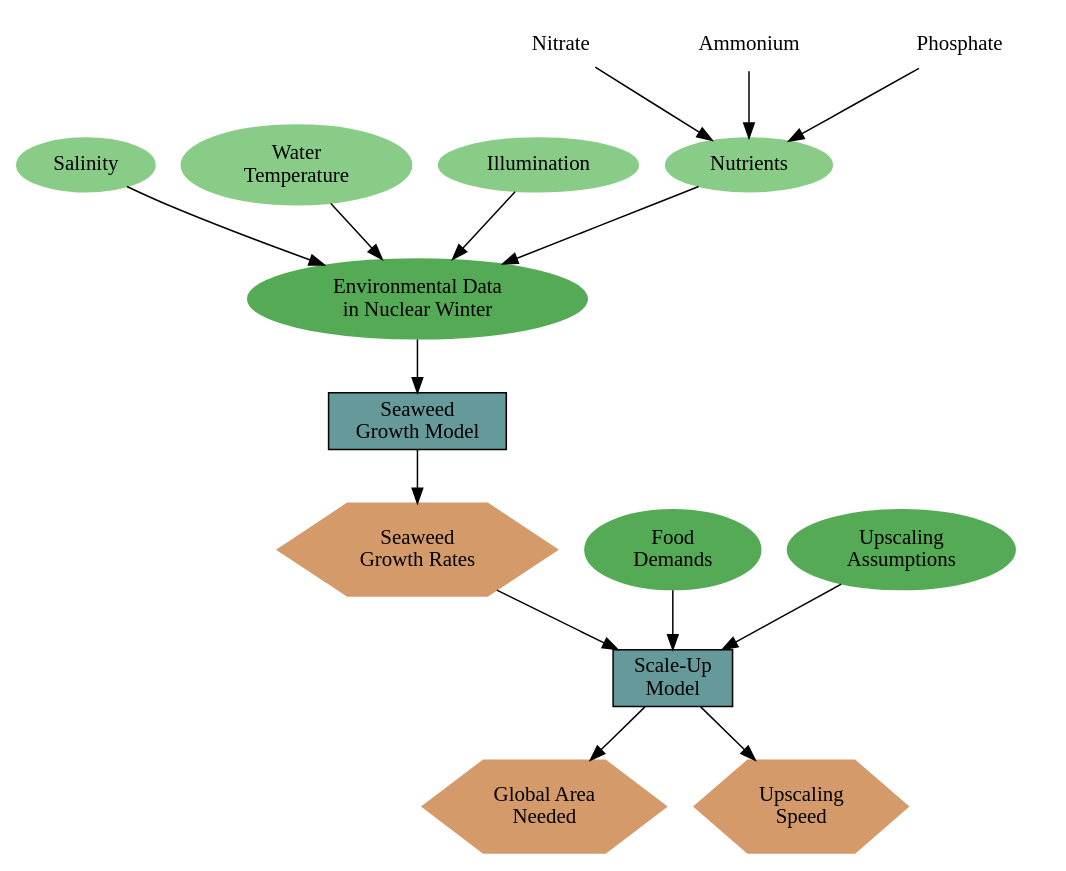
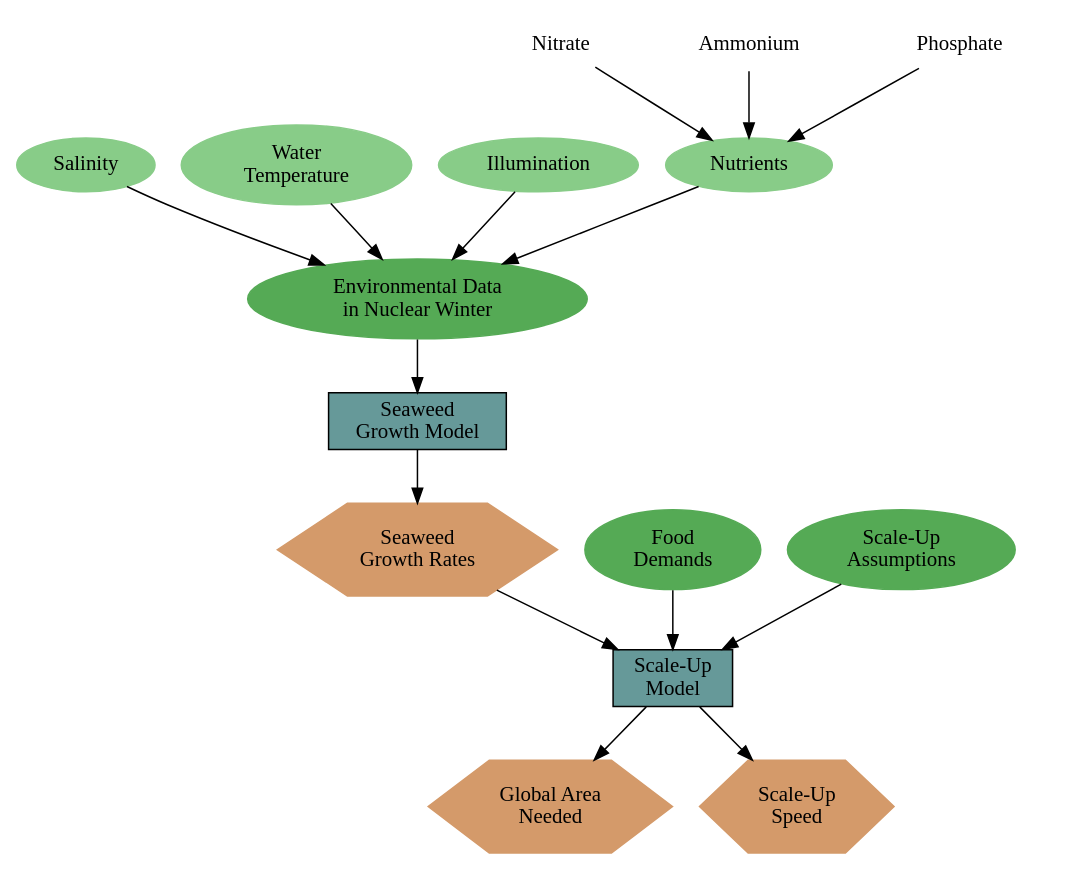
One commit to allfed/Seaweed-Growth-Model changed the diagram in results/model_description/structure.dot. Above: the diagram before and after it, drawn with Graphviz. The commit also changed 2 other files, not shown here.

Commit message:
Updated figure

```diff
--- a/results/model_description/structure.dot
+++ b/results/model_description/structure.dot
@@ -1,54 +1,54 @@
 digraph ModelOverview{
     // Inputs for the model
     salinity [label="Salinity", style="filled", color="#88CC88"];
     temperature [label="Water\nTemperature", style="filled", color="#88CC88"];
     illumination [label="Illumination", style="filled", color="#88CC88"];
     nutrients [label="Nutrients", style="filled", color="#88CC88"];
     // link nutrients
     nitrate [label="Nitrate",style="filled", color="white"];
     ammonium [label="Ammonium",style="filled", color="white"];
     phosphate [label="Phosphate",style="filled", color="white"];
     // link nutrients to nutrients
     nitrate -> nutrients
     ammonium -> nutrients
     phosphate -> nutrients
 
     env_data [label="Environmental Data\nin Nuclear Winter", style="filled",color="#55AA55"];
     // link env_data to nutrients
     nutrients -> env_data;
     illumination -> env_data;
     temperature -> env_data;
     salinity -> env_data;
 
     // link env_data to the model
     model_growth [label="Seaweed\nGrowth Model", shape=box, style="filled", fillcolor="#669999"];
     env_data -> model_growth;
 
     // Outputs of the model
     growth [label="Seaweed\nGrowth Rates", shape=hexagon, color="#D49A6A", style="filled"];
     // link growth to model
     model_growth -> growth;
 
     // link growth to upscaling model
     upscaling_model [label="Scale-Up\nModel", shape=box, style="filled", fillcolor="#669999"];
     growth -> upscaling_model;
 
     // add additional data for the upscaling model
     food_demands [label="Food\nDemands", style="filled", color="#55AA55"];
-    assumptions [label="Upscaling\nAssumptions", style="filled",color="#55AA55"];
+    assumptions [label="Scale-Up\nAssumptions", style="filled",color="#55AA55"];
     food_demands -> upscaling_model;
     assumptions -> upscaling_model;
 
     // link upscaling model to the output
     area_needed [label="Global Area\nNeeded", shape=hexagon, color="#D49A6A", style="filled"];
     upscaling_model -> area_needed;
-    upscaling_speed [label="Upscaling\nSpeed", shape=hexagon, color="#D49A6A", style="filled"];
+    upscaling_speed [label="Scale-Up\nSpeed", shape=hexagon, color="#D49A6A", style="filled"];
     upscaling_model -> upscaling_speed;
 
 
 
 
 
 
 
 }
```
